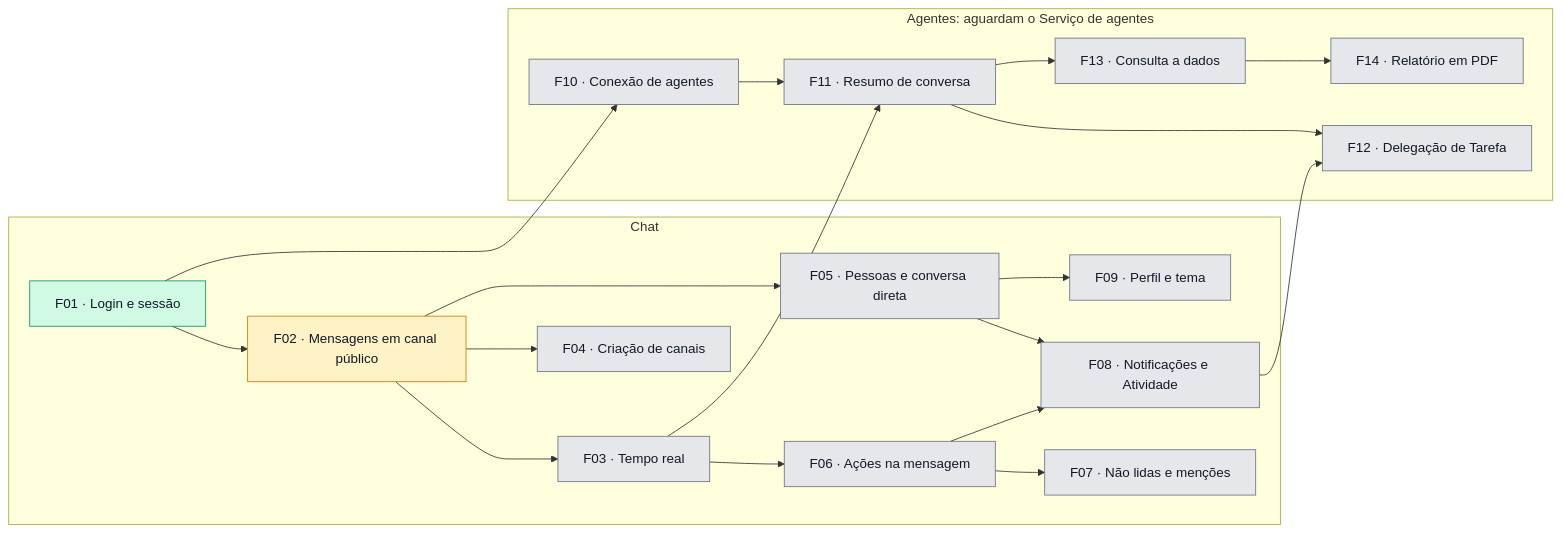
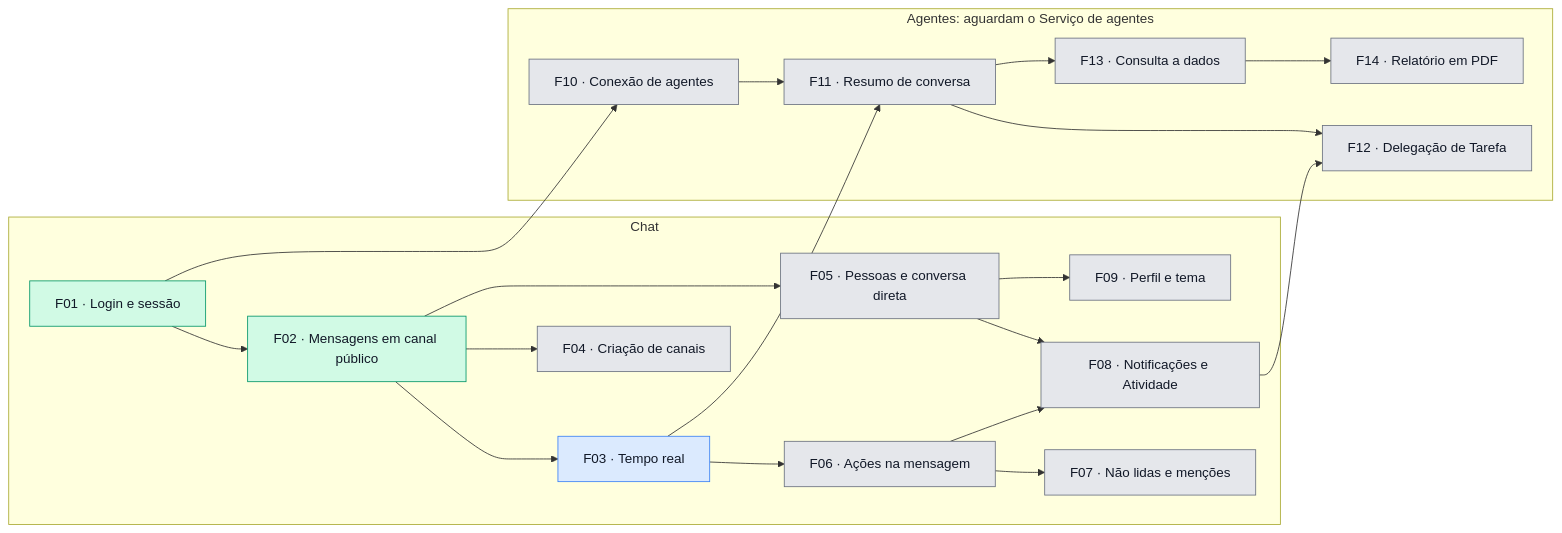
The diagram in docs/roadmap.md (1978bruno/fulldev_SKILL-Agentes-e-MCP-para-vibe-code), drawn with Mermaid before and after one commit. The commit also changed other lines of this file and 1 other file, not shown here.

Commit message:
docs: PRD da F03 (tempo real) e F03 em PRD pronto no roadmap
O diagrama do roadmap também passa a mostrar a F02 como concluída, como já estava na tabela.

````diff
--- a/docs/roadmap.md
+++ b/docs/roadmap.md
@@ -48,49 +48,49 @@
 ```mermaid
 flowchart LR
   subgraph chat ["Chat"]
     F01["F01 · Login e sessão"]
     F02["F02 · Mensagens em canal público"]
     F03["F03 · Tempo real"]
     F04["F04 · Criação de canais"]
     F05["F05 · Pessoas e conversa direta"]
     F06["F06 · Ações na mensagem"]
     F07["F07 · Não lidas e menções"]
     F08["F08 · Notificações e Atividade"]
     F09["F09 · Perfil e tema"]
   end
 
   subgraph agentes ["Agentes: aguardam o Serviço de agentes"]
     F10["F10 · Conexão de agentes"]
     F11["F11 · Resumo de conversa"]
     F12["F12 · Delegação de Tarefa"]
     F13["F13 · Consulta a dados"]
     F14["F14 · Relatório em PDF"]
   end
 
   F01 --> F02
   F02 --> F03
   F02 --> F04
   F02 --> F05
   F03 --> F06
   F06 --> F07
   F05 --> F08
   F06 --> F08
   F05 --> F09
   F01 --> F10
   F03 --> F11
   F10 --> F11
   F08 --> F12
   F11 --> F12
   F11 --> F13
   F13 --> F14
 
   classDef planejada fill:#e5e7eb,stroke:#6b7280,color:#111827
   classDef prdPronto fill:#dbeafe,stroke:#3b82f6,color:#111827
   classDef specPronta fill:#bfdbfe,stroke:#1d4ed8,color:#111827
   classDef emAndamento fill:#fef3c7,stroke:#d97706,color:#111827
   classDef concluida fill:#d1fae5,stroke:#059669,color:#111827
 
-  class F01 concluida
-  class F02 emAndamento
-  class F03,F04,F05,F06,F07,F08,F09,F10,F11,F12,F13,F14 planejada
+  class F01,F02 concluida
+  class F03 prdPronto
+  class F04,F05,F06,F07,F08,F09,F10,F11,F12,F13,F14 planejada
 ```
````
